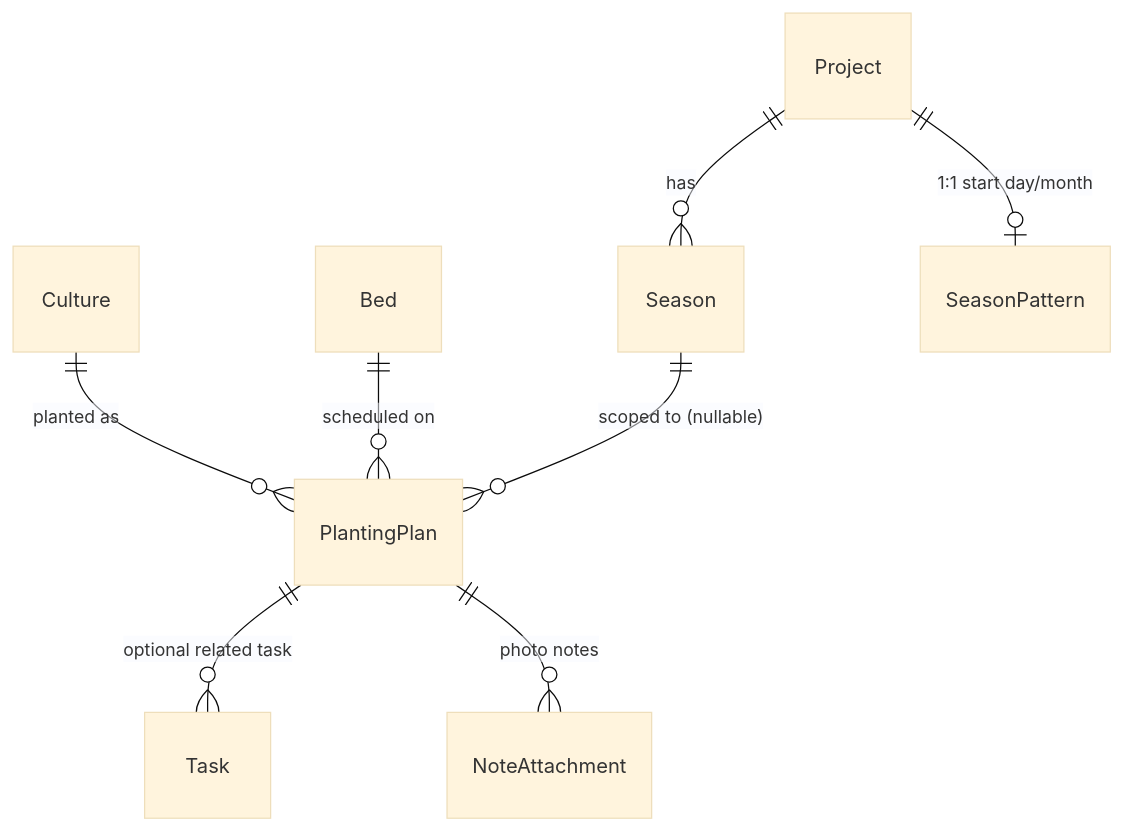
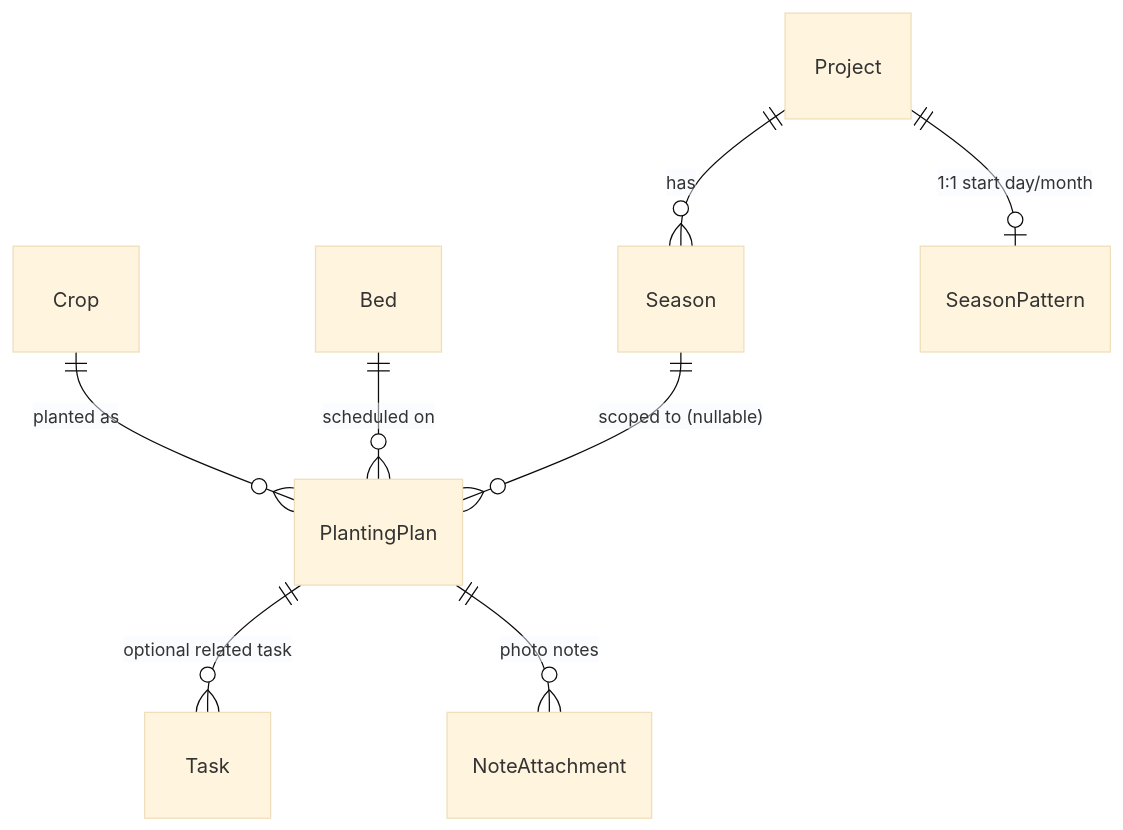
The fourth of 6 diagrams in docs/data-model.md (OpenFarmPlanner/OpenFarmPlanner), drawn with Mermaid (base theme) before and after one commit. The commit also changed other lines of this file and 170 other files, not shown here.

First line of the commit message:
refactor: rename backend domain concept Culture to Crop

````diff
--- a/docs/data-model.md
+++ b/docs/data-model.md
@@ -151,10 +151,10 @@
 ```mermaid
 erDiagram
-    Culture ||--o{ PlantingPlan : "planted as"
+    Crop ||--o{ PlantingPlan : "planted as"
     Bed ||--o{ PlantingPlan : "scheduled on"
     Season ||--o{ PlantingPlan : "scoped to (nullable)"
     Project ||--o| SeasonPattern : "1:1 start day/month"
     Project ||--o{ Season : has
     PlantingPlan ||--o{ Task : "optional related task"
     PlantingPlan ||--o{ NoteAttachment : "photo notes"
 ```
````
